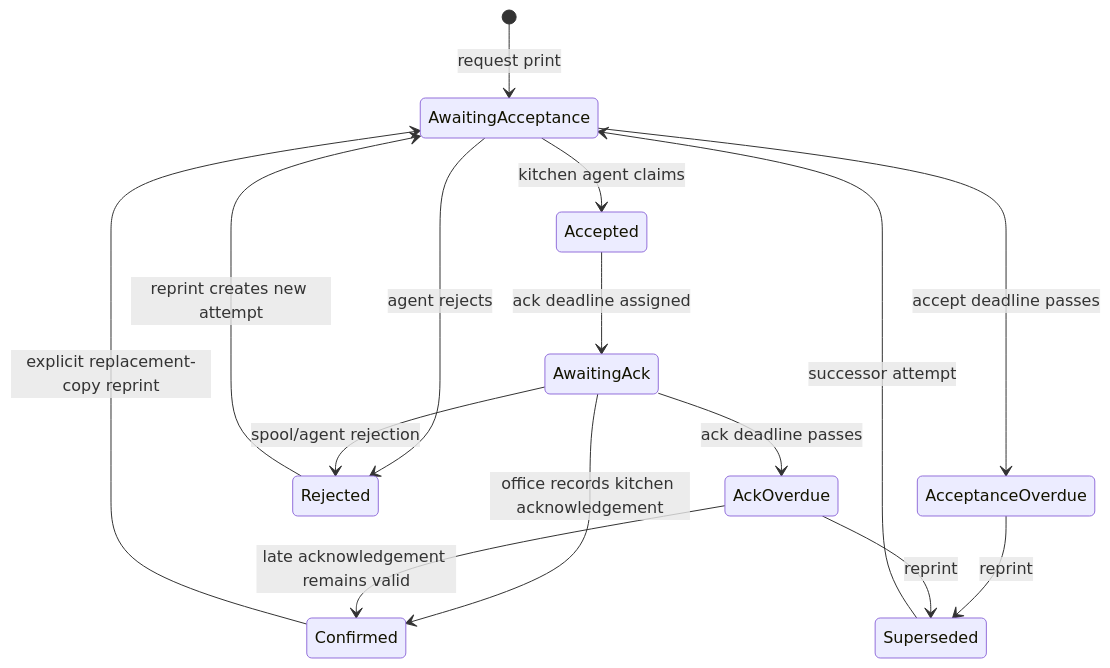
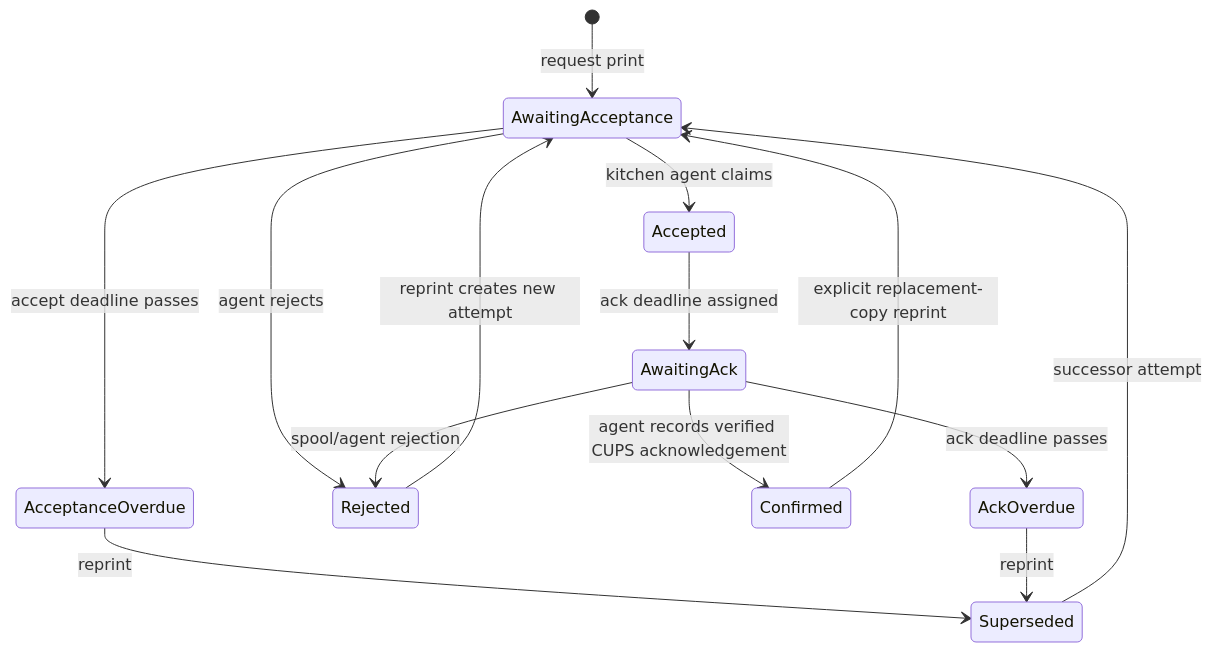
Before and after one commit to VikJo1978/silberloeffel-catering: the diagram in PHASE_3_PRINT_ACK_ATTENTION_PACK_V1.md, drawn with Mermaid. The commit also changed other lines of this file and 25 other files, not shown here.

Commit message:
feat: acknowledge kitchen print after verified CUPS completion

````diff
--- a/PHASE_3_PRINT_ACK_ATTENTION_PACK_V1.md
+++ b/PHASE_3_PRINT_ACK_ATTENTION_PACK_V1.md
@@ -308,17 +309,16 @@
 ```mermaid
 stateDiagram-v2
     [*] --> AwaitingAcceptance: request print
     AwaitingAcceptance --> Accepted: kitchen agent claims
     AwaitingAcceptance --> AcceptanceOverdue: accept deadline passes
     AwaitingAcceptance --> Rejected: agent rejects
     Accepted --> AwaitingAck: ack deadline assigned
-    AwaitingAck --> Confirmed: office records kitchen acknowledgement
+    AwaitingAck --> Confirmed: agent records verified CUPS acknowledgement
     AwaitingAck --> AckOverdue: ack deadline passes
     AwaitingAck --> Rejected: spool/agent rejection
     AcceptanceOverdue --> Superseded: reprint
-    AckOverdue --> Confirmed: late acknowledgement remains valid
     AckOverdue --> Superseded: reprint
     Rejected --> AwaitingAcceptance: reprint creates new attempt
     Superseded --> AwaitingAcceptance: successor attempt
     Confirmed --> AwaitingAcceptance: explicit replacement-copy reprint
 ```
````
